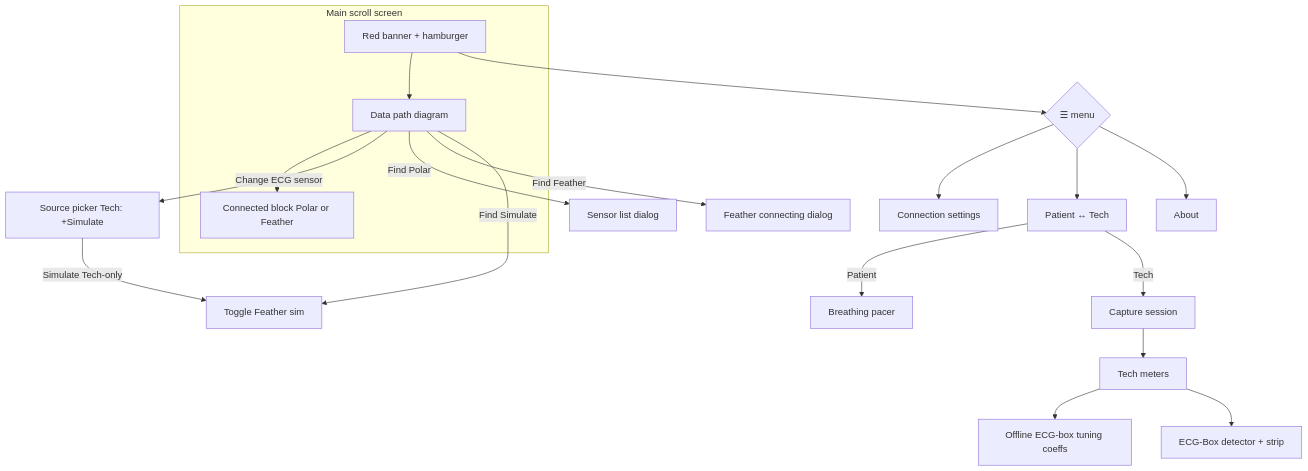
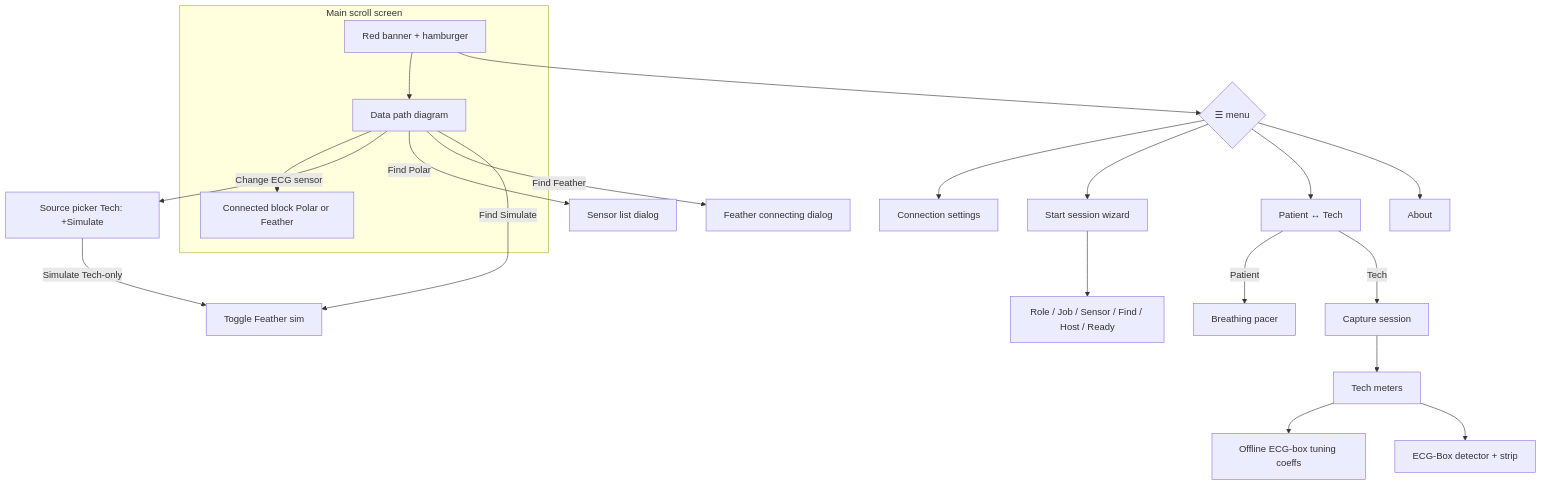
Before and after one commit to JoelAtHome/ECG-Phone-Bridge: the first of 2 diagrams in docs/UI_LAYOUT_MAP.md, drawn with Mermaid. The commit also changed other lines of this file and 6 other files, not shown here.

Commit message:
Release 1.0.0-beta.54: Startup Wizard session coach for occasional users.

````diff
--- a/docs/UI_LAYOUT_MAP.md
+++ b/docs/UI_LAYOUT_MAP.md
@@ -182,27 +183,30 @@
 ```mermaid
 flowchart TB
   subgraph main [Main scroll screen]
     Banner[Red banner + hamburger]
     Flow[Data path diagram]
     SrcBlk[Connected block Polar or Feather]
     Banner --> Flow --> SrcBlk
   end
 
   Menu{☰ menu}
   Banner --> Menu
   Menu --> Conn[Connection settings]
+  Menu --> Wizard[Start session wizard]
   Menu --> Toggle[Patient ↔ Tech]
   Menu --> About[About]
+
+  Wizard --> RoleStep[Role / Job / Sensor / Find / Host / Ready]
 
   Flow -->|Change ECG sensor| KindDlg[Source picker Tech: +Simulate]
   Flow -->|Find Polar| SensorDlg[Sensor list dialog]
   Flow -->|Find Feather| FeatherDlg[Feather connecting dialog]
   Flow -->|Find Simulate| SimPath[Toggle Feather sim]
 
   Toggle -->|Patient| Pacer[Breathing pacer]
   Toggle -->|Tech| Cap[Capture session]
   Cap --> Tech[Tech meters]
   Tech --> Prof[Offline ECG-box tuning coeffs]
   Tech --> Fble[ECG-Box detector + strip]
   KindDlg -->|Simulate Tech-only| SimPath
 ```
````
